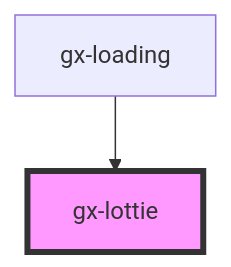
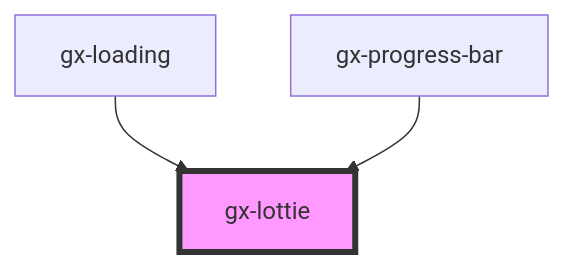
One commit to genexuslabs/web-controls-library changed the diagram in src/components/lottie/readme.md. Above: the diagram before and after it, drawn with Mermaid. The commit also changed other lines of this file, not shown here.

Commit message:
Update gx-lottie's readme

````diff
--- a/src/components/lottie/readme.md
+++ b/src/components/lottie/readme.md
@@ -94,5 +84,6 @@
 ```mermaid
 graph TD;
   gx-loading --> gx-lottie
+  gx-progress-bar --> gx-lottie
   style gx-lottie fill:#f9f,stroke:#333,stroke-width:4px
 ```
````
